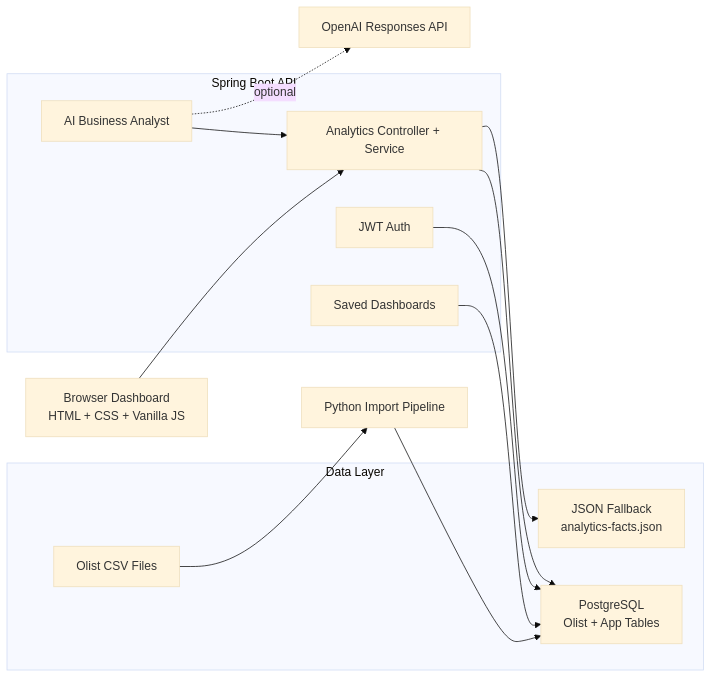
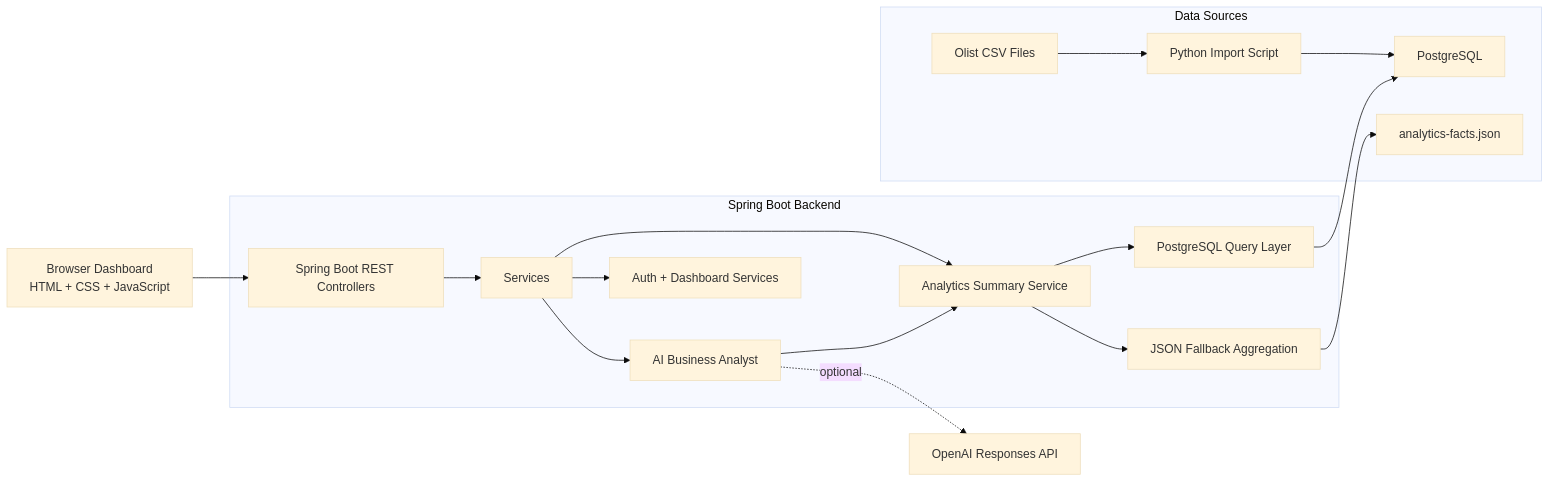
Before and after one commit to syzackerman/insightflow: the first of 2 diagrams in README.md, drawn with Mermaid (base theme). The commit also changed other lines of this file, not shown here.

````diff
--- a/README.md
+++ b/README.md
@@ -72,26 +55,24 @@
 ```mermaid
 flowchart LR
-  Browser["Browser Dashboard<br/>HTML + CSS + Vanilla JS"] --> Analytics
+  Browser["Browser Dashboard<br/>HTML + CSS + JavaScript"] --> Controllers["Spring Boot REST Controllers"]
 
-  subgraph Backend["Spring Boot API"]
-    Analytics["Analytics Controller + Service"]
-    AI["AI Business Analyst"]
-    Auth["JWT Auth"]
-    Workspace["Saved Dashboards"]
+  subgraph Backend["Spring Boot Backend"]
+    Controllers --> Services["Services"]
+    Services --> Analytics["Analytics Summary Service"]
+    Services --> Workspace["Auth + Dashboard Services"]
+    Services --> AI["AI Business Analyst"]
+    Analytics --> PostgresRepo["PostgreSQL Query Layer"]
+    Analytics --> JsonRepo["JSON Fallback Aggregation"]
   end
 
-  subgraph Data["Data Layer"]
-    Postgres["PostgreSQL<br/>Olist + App Tables"]
-    Json["JSON Fallback<br/>analytics-facts.json"]
-    Csv["Olist CSV Files"]
+  subgraph Data["Data Sources"]
+    Csv["Olist CSV Files"] --> Importer["Python Import Script"]
+    Importer --> Postgres["PostgreSQL"]
+    JsonFiles["analytics-facts.json"]
   end
 
-  Csv --> Importer["Python Import Pipeline"]
-  Importer --> Postgres
-  Analytics --> Postgres
-  Analytics --> Json
+  PostgresRepo --> Postgres
+  JsonRepo --> JsonFiles
   AI --> Analytics
-  Auth --> Postgres
-  Workspace --> Postgres
   AI -. optional .-> OpenAI["OpenAI Responses API"]
 ```
````
